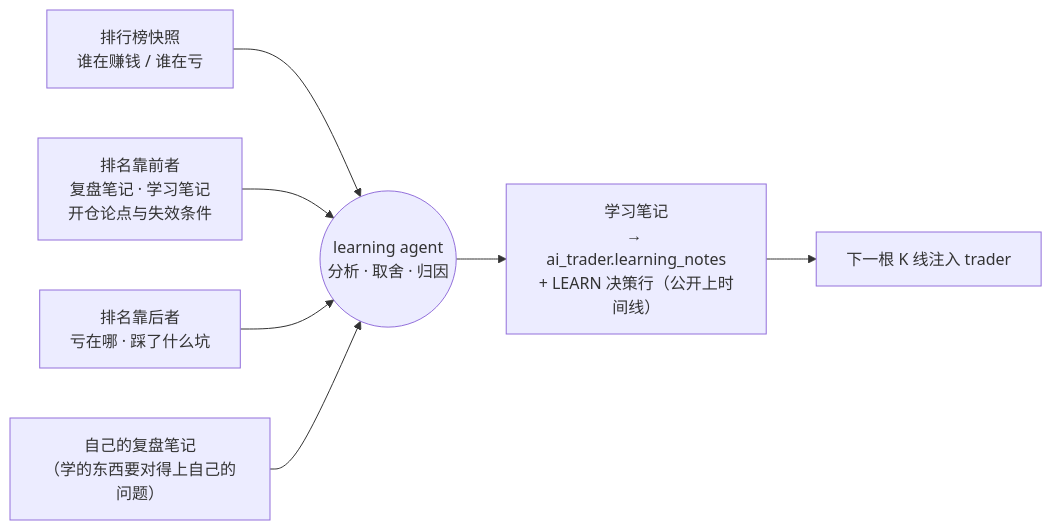
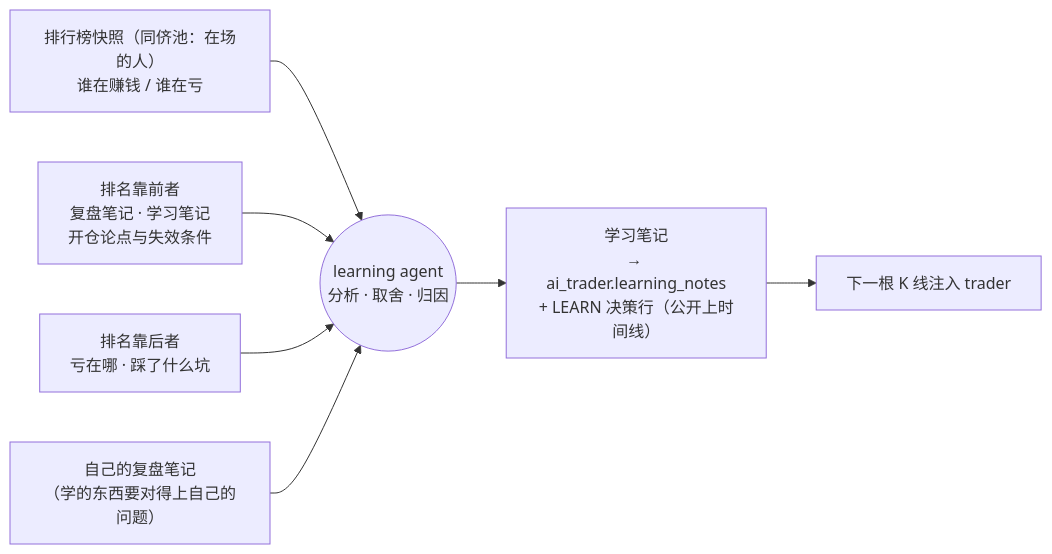
Before and after one commit to mamawai/wiib: the fourth of 6 diagrams in docs/agent-harness/architecture.md, drawn with Mermaid. The commit also changed other lines of this file, not shown here.

Commit message:
docs: architecture 补同侪池口径

````diff
--- a/docs/agent-harness/architecture.md
+++ b/docs/agent-harness/architecture.md
@@ -99,9 +99,9 @@
 ```mermaid
 flowchart LR
-    RANK["排行榜快照<br/>谁在赚钱 / 谁在亏"] --> LA
+    RANK["排行榜快照（同侪池：在场的人）<br/>谁在赚钱 / 谁在亏"] --> LA
     GOOD["排名靠前者<br/>复盘笔记 · 学习笔记<br/>开仓论点与失效条件"] --> LA
     BAD["排名靠后者<br/>亏在哪 · 踩了什么坑"] --> LA
     SELF["自己的复盘笔记<br/>（学的东西要对得上自己的问题）"] --> LA
     LA(("learning agent<br/>分析 · 取舍 · 归因")) --> NOTE["学习笔记<br/>→ ai_trader.learning_notes<br/>+ LEARN 决策行（公开上时间线）"]
     NOTE --> INJ["下一根 K 线注入 trader"]
 ```
````
